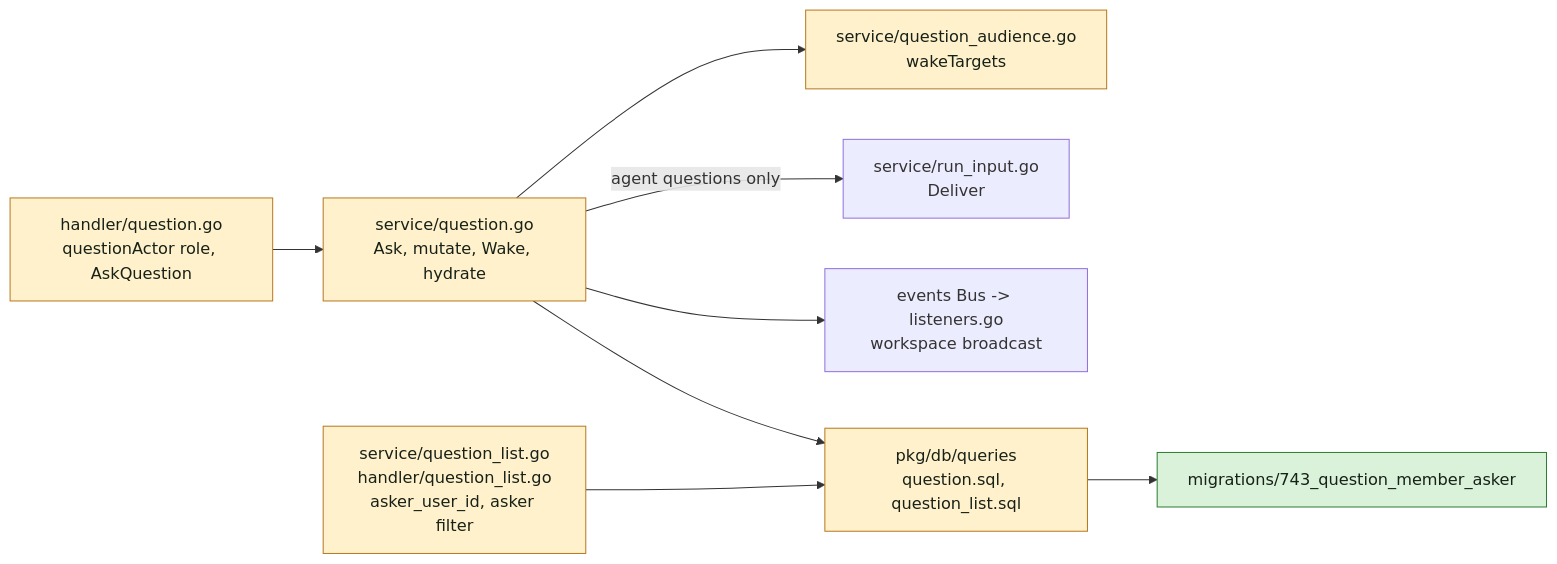
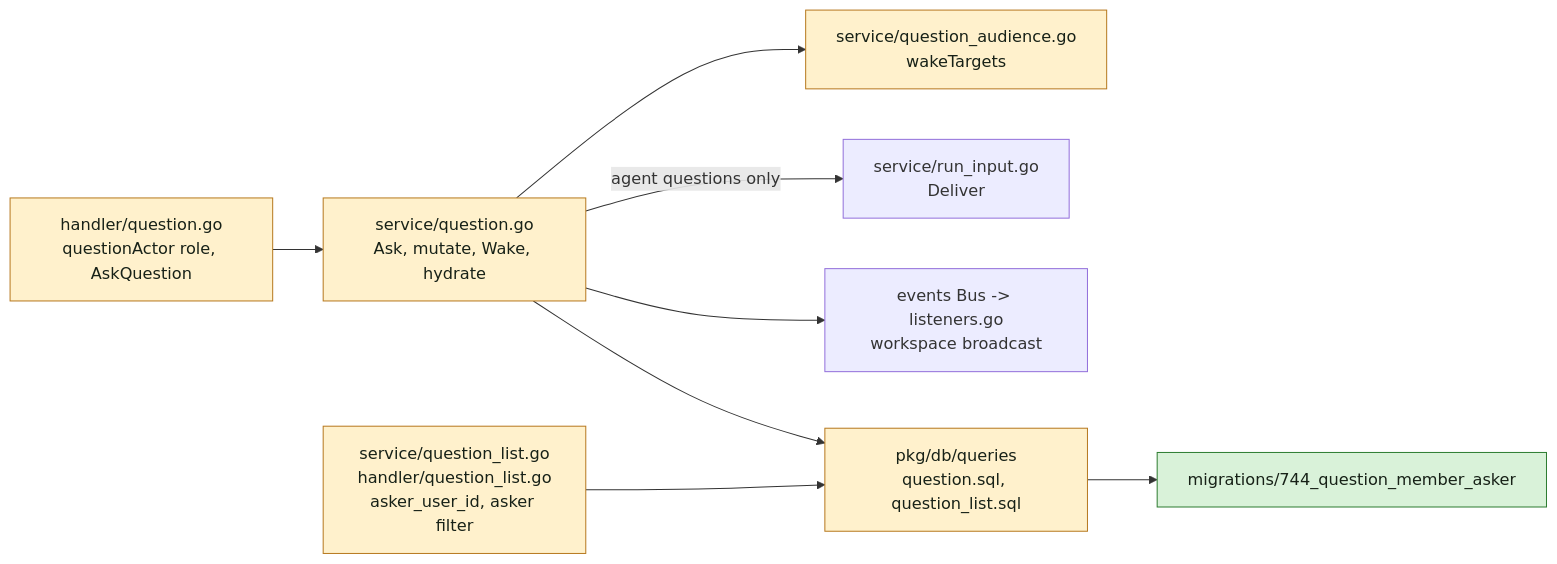
Before and after one commit to appboypov/multica: the second of 6 diagrams in specs/openspec/changes/ask-a-question-from-outside-a-run/design.md, drawn with Mermaid. The commit also changed other lines of this file and 46 other files, not shown here.

````diff
--- a/specs/openspec/changes/ask-a-question-from-outside-a-run/design.md
+++ b/specs/openspec/changes/ask-a-question-from-outside-a-run/design.md
@@ -25,20 +25,20 @@
 ```mermaid
 flowchart LR
   classDef new fill:#d9f2d9,stroke:#2e7d32,color:#172117
   classDef changed fill:#fff1cc,stroke:#b7791f,color:#172117
   handler["handler/question.go<br/>questionActor role, AskQuestion"]:::changed
   svc["service/question.go<br/>Ask, mutate, Wake, hydrate"]:::changed
   aud["service/question_audience.go<br/>wakeTargets"]:::changed
   list["service/question_list.go<br/>handler/question_list.go<br/>asker_user_id, asker filter"]:::changed
   sql["pkg/db/queries<br/>question.sql, question_list.sql"]:::changed
-  mig["migrations/743_question_member_asker"]:::new
+  mig["migrations/744_question_member_asker"]:::new
   runinput["service/run_input.go<br/>Deliver"]
   bus["events Bus -> listeners.go<br/>workspace broadcast"]
   handler --> svc
   svc --> aud
   svc -->|"agent questions only"| runinput
   svc --> bus
   list --> sql
   svc --> sql
   sql --> mig
 ```
````
